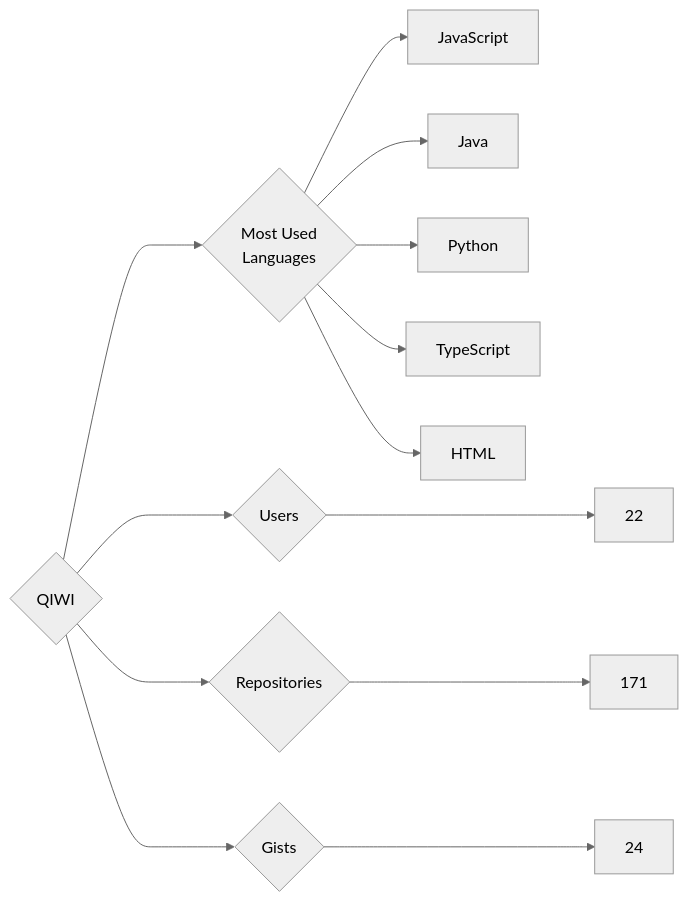
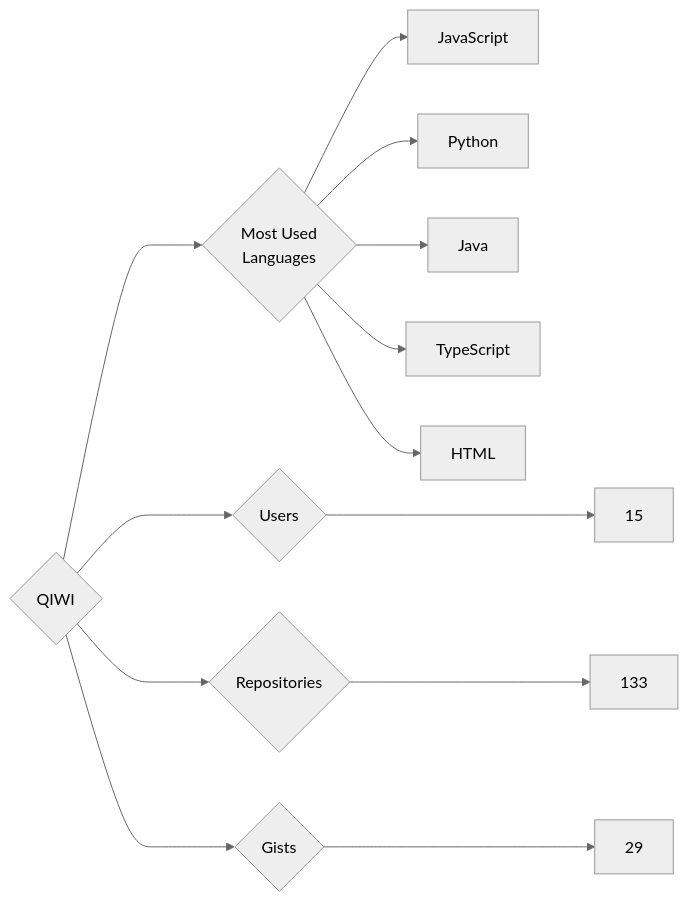
The diagram in targets/QIWI/README.md (trickest/insiders), drawn with Mermaid (neutral theme) before and after one commit. The commit also changed 970 other files, not shown here.

````diff
--- a/targets/QIWI/README.md
+++ b/targets/QIWI/README.md
@@ -3,13 +3,13 @@
 ```mermaid
 graph LR
 COMPANY_NAME{QIWI}
-COMPANY_NAME ---> U{Users} ---> UN[22]
-COMPANY_NAME ---> R{Repositories} ---> RN[171]
-COMPANY_NAME ---> G{Gists} ---> GN[24]
+COMPANY_NAME ---> U{Users} ---> UN[15]
+COMPANY_NAME ---> R{Repositories} ---> RN[133]
+COMPANY_NAME ---> G{Gists} ---> GN[29]
 COMPANY_NAME ---> ML{Most Used<br>Languages}
 ML --> JavaScript[JavaScript]
+ML --> Python[Python]
 ML --> Java[Java]
-ML --> Python[Python]
 ML --> TypeScript[TypeScript]
 ML --> HTML[HTML]
 ```
````
